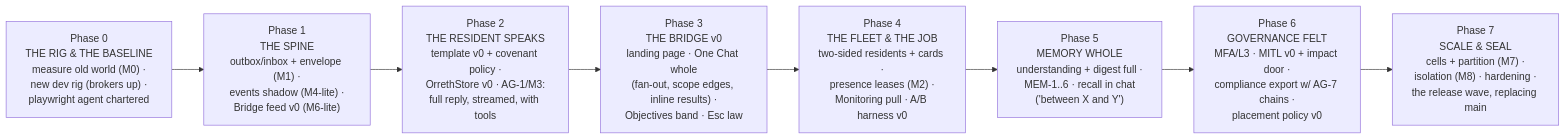
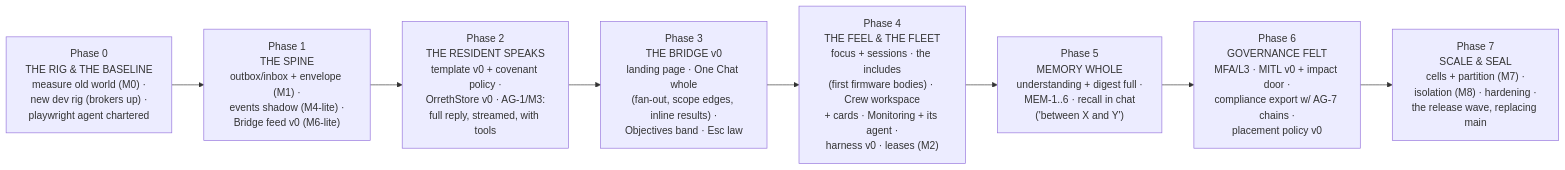
Before and after one commit to iotlodge/orreth: the diagram in docs/rearch/0005-v1-scope-and-build-plan.md, drawn with Mermaid. The commit also changed other lines of this file and 6 other files, not shown here.

````diff
--- a/docs/rearch/0005-v1-scope-and-build-plan.md
+++ b/docs/rearch/0005-v1-scope-and-build-plan.md
@@ -51,12 +51,12 @@
 ```mermaid
 flowchart LR
     P0["Phase 0<br/>THE RIG & THE BASELINE<br/>measure old world (M0) ·<br/>new dev rig (brokers up) ·<br/>playwright agent chartered"]
     P1["Phase 1<br/>THE SPINE<br/>outbox/inbox + envelope (M1) ·<br/>events shadow (M4-lite) ·<br/>Bridge feed v0 (M6-lite)"]
     P2["Phase 2<br/>THE RESIDENT SPEAKS<br/>template v0 + covenant policy ·<br/>OrrethStore v0 · AG-1/M3:<br/>full reply, streamed, with tools"]
     P3["Phase 3<br/>THE BRIDGE v0<br/>landing page · One Chat whole<br/>(fan-out, scope edges, inline results) ·<br/>Objectives band · Esc law"]
-    P4["Phase 4<br/>THE FLEET & THE JOB<br/>two-sided residents + cards ·<br/>presence leases (M2) ·<br/>Monitoring pull · A/B harness v0"]
+    P4["Phase 4<br/>THE FEEL & THE FLEET<br/>focus + sessions · the includes<br/>(first firmware bodies) · Crew workspace<br/>+ cards · Monitoring + its agent ·<br/>harness v0 · leases (M2)"]
     P5["Phase 5<br/>MEMORY WHOLE<br/>understanding + digest full ·<br/>MEM-1..6 · recall in chat<br/>('between X and Y')"]
     P6["Phase 6<br/>GOVERNANCE FELT<br/>MFA/L3 · MITL v0 + impact door ·<br/>compliance export w/ AG-7 chains ·<br/>placement policy v0"]
     P7["Phase 7<br/>SCALE & SEAL<br/>cells + partition (M7) ·<br/>isolation (M8) · hardening ·<br/>the release wave, replacing main"]
     P0 --> P1 --> P2 --> P3 --> P4 --> P5 --> P6 --> P7
 ```
````
